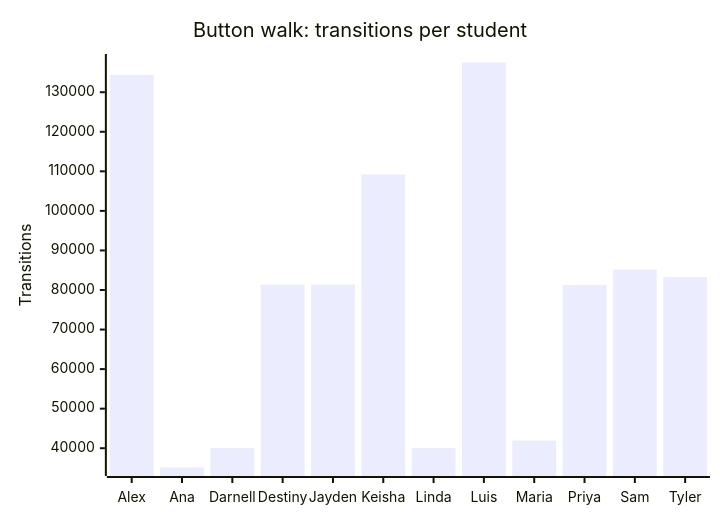
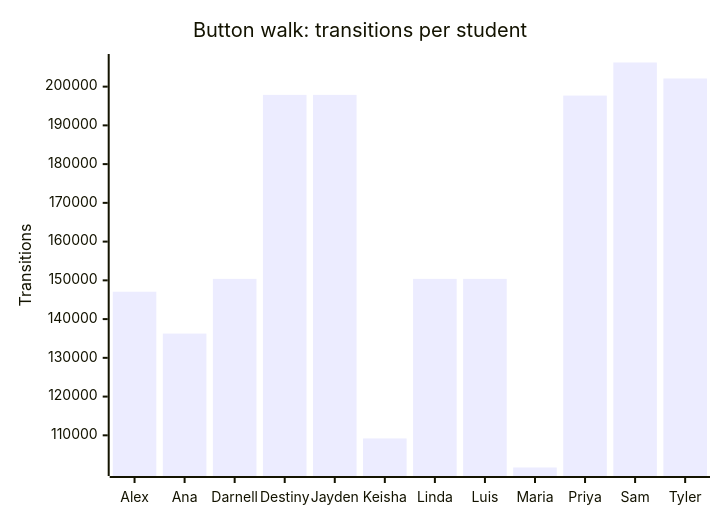
Before and after one commit to russlittle/ZTHR: the second of 3 diagrams in docs/testing/coverage.md, drawn with Mermaid. The commit also changed other lines of this file, not shown here.

````diff
--- a/docs/testing/coverage.md
+++ b/docs/testing/coverage.md
@@ -27,7 +27,7 @@
 ```mermaid
 xychart-beta
   title "Button walk: transitions per student"
   x-axis ["Alex", "Ana", "Darnell", "Destiny", "Jayden", "Keisha", "Linda", "Luis", "Maria", "Priya", "Sam", "Tyler"]
   y-axis "Transitions"
-  bar [134346, 35124, 40068, 81356, 81356, 109196, 40068, 137514, 41946, 81260, 85148, 83276]
+  bar [147068, 136268, 150380, 197876, 197876, 109196, 150380, 150380, 101696, 197684, 206228, 202100]
 ```
````
